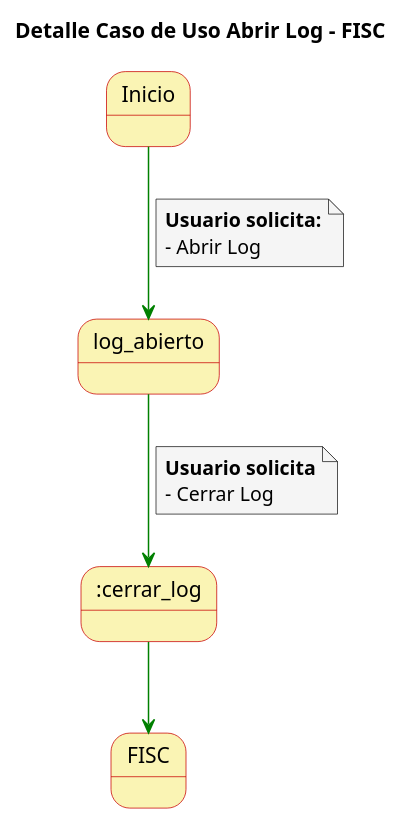
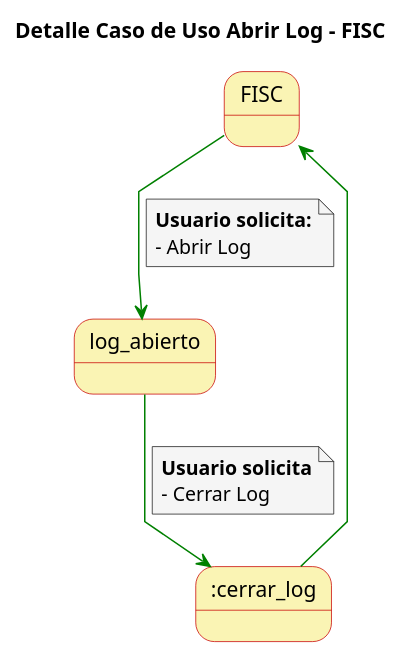
The diagram in casosDeUso/detallesCasosUso/detalleCasoUsoAbrirLog.puml (mmasias/23-24-IdSw1-SDR), drawn with PlantUML before and after one commit. The commit also changed 94 other files, not shown here.

```diff
--- a/casosDeUso/detallesCasosUso/detalleCasoUsoAbrirLog.puml
+++ b/casosDeUso/detallesCasosUso/detalleCasoUsoAbrirLog.puml
@@ -1,31 +1,31 @@
 @startuml
 
 skinparam state {
   BackgroundColor #faf4b4
   BorderColor #c90000
 }
 
 skinparam note {
   BackgroundColor #f5f5f5
 }
 
 skinparam linetype polyline
 
 title Detalle Caso de Uso Abrir Log - FISC
 
 
-Inicio -[#green]-> log_abierto 
+FISC -[#green]-> log_abierto 
 note on link
   **Usuario solicita:**
   - Abrir Log
 end note
 
 log_abierto -[#green]-> :cerrar_log
 note on link
   **Usuario solicita**
   - Cerrar Log
 end note
 
 :cerrar_log -[#green]-> FISC
 
 @enduml
```
